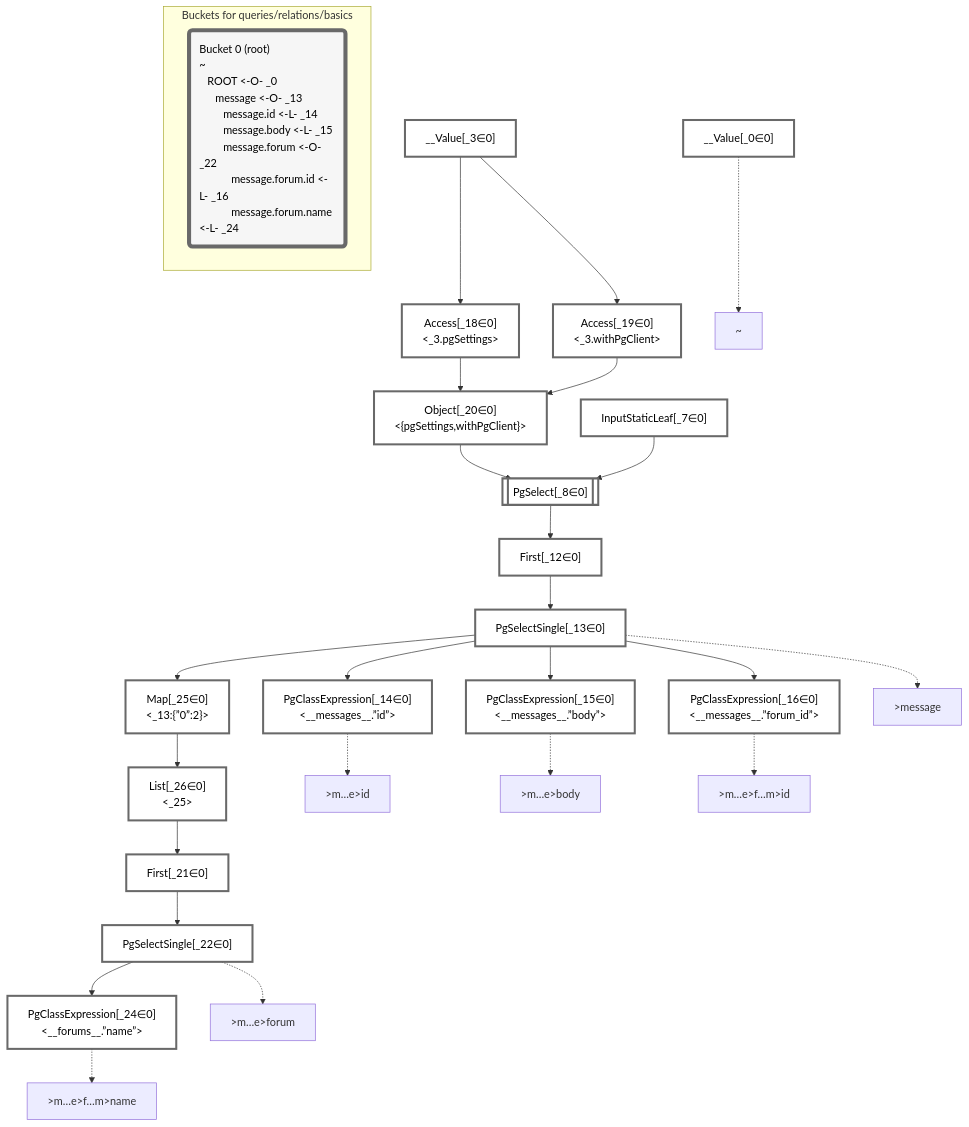
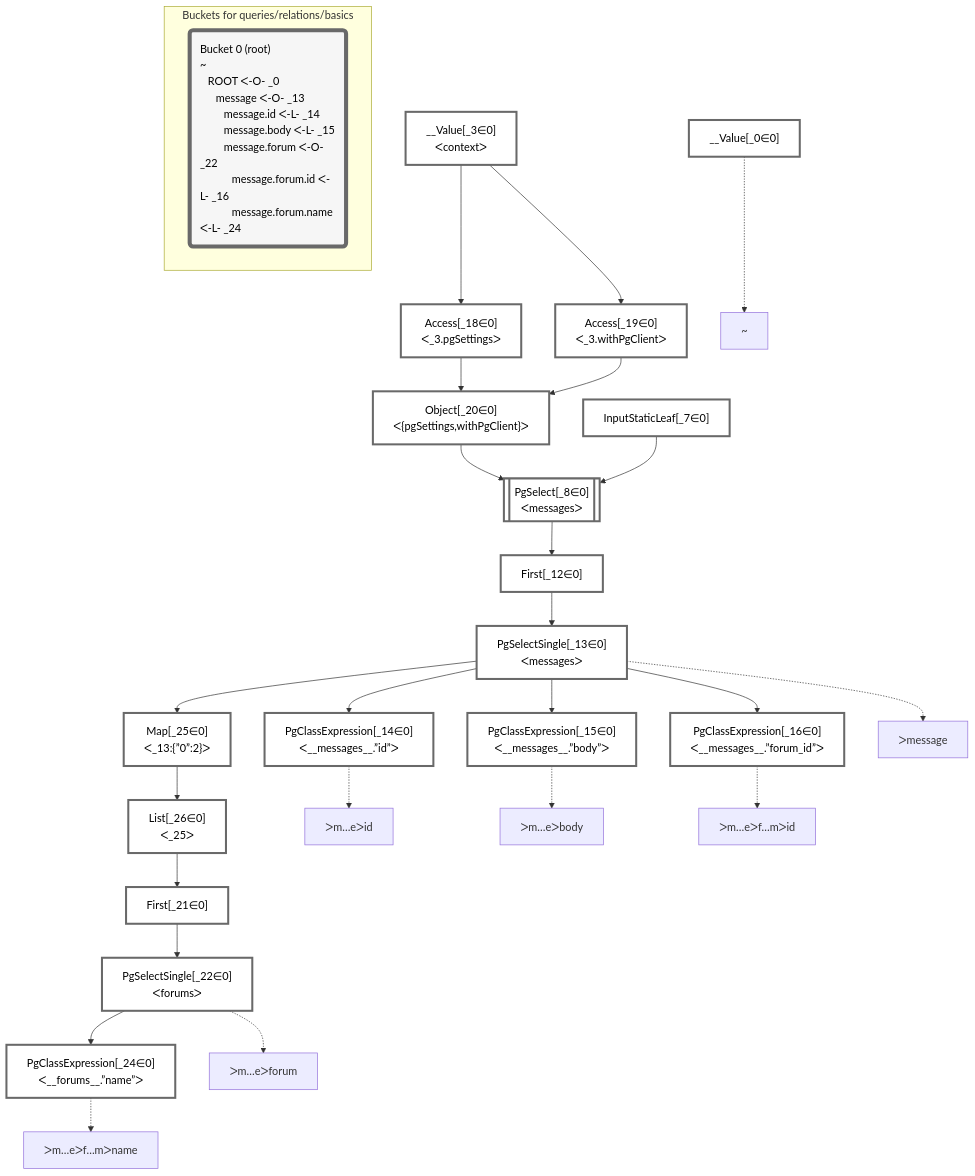
The diagram in packages/dataplan-pg/__tests__/queries/relations/basics.mermaid.md (graphile/crystal), drawn with Mermaid before and after one commit. The commit also changed 195 other files, not shown here.

````diff
--- a/packages/dataplan-pg/__tests__/queries/relations/basics.mermaid.md
+++ b/packages/dataplan-pg/__tests__/queries/relations/basics.mermaid.md
@@ -1,71 +1,71 @@
 ```mermaid
 graph TD
     classDef path fill:#eee,stroke:#000,color:#000
     classDef plan fill:#fff,stroke-width:3px,color:#000
     classDef itemplan fill:#fff,stroke-width:6px,color:#000
     classDef sideeffectplan fill:#f00,stroke-width:6px,color:#000
     classDef bucket fill:#f6f6f6,color:#000,stroke-width:6px,text-align:left
 
 
     %% define plans
     __Value_0["__Value[_0∈0]"]:::plan
-    __Value_3["__Value[_3∈0]<br /><context>"]:::plan
+    __Value_3["__Value[_3∈0]<br />ᐸcontextᐳ"]:::plan
     InputStaticLeaf_7["InputStaticLeaf[_7∈0]"]:::plan
-    PgSelect_8[["PgSelect[_8∈0]<br /><messages>"]]:::plan
+    PgSelect_8[["PgSelect[_8∈0]<br />ᐸmessagesᐳ"]]:::plan
     First_12["First[_12∈0]"]:::plan
-    PgSelectSingle_13["PgSelectSingle[_13∈0]<br /><messages>"]:::plan
-    PgClassExpression_14["PgClassExpression[_14∈0]<br /><__messages__.”id”>"]:::plan
-    PgClassExpression_15["PgClassExpression[_15∈0]<br /><__messages__.”body”>"]:::plan
-    PgClassExpression_16["PgClassExpression[_16∈0]<br /><__messages__.”forum_id”>"]:::plan
-    Access_18["Access[_18∈0]<br /><_3.pgSettings>"]:::plan
-    Access_19["Access[_19∈0]<br /><_3.withPgClient>"]:::plan
-    Object_20["Object[_20∈0]<br /><{pgSettings,withPgClient}>"]:::plan
+    PgSelectSingle_13["PgSelectSingle[_13∈0]<br />ᐸmessagesᐳ"]:::plan
+    PgClassExpression_14["PgClassExpression[_14∈0]<br />ᐸ__messages__.”id”ᐳ"]:::plan
+    PgClassExpression_15["PgClassExpression[_15∈0]<br />ᐸ__messages__.”body”ᐳ"]:::plan
+    PgClassExpression_16["PgClassExpression[_16∈0]<br />ᐸ__messages__.”forum_id”ᐳ"]:::plan
+    Access_18["Access[_18∈0]<br />ᐸ_3.pgSettingsᐳ"]:::plan
+    Access_19["Access[_19∈0]<br />ᐸ_3.withPgClientᐳ"]:::plan
+    Object_20["Object[_20∈0]<br />ᐸ{pgSettings,withPgClient}ᐳ"]:::plan
     First_21["First[_21∈0]"]:::plan
-    PgSelectSingle_22["PgSelectSingle[_22∈0]<br /><forums>"]:::plan
-    PgClassExpression_24["PgClassExpression[_24∈0]<br /><__forums__.”name”>"]:::plan
-    Map_25["Map[_25∈0]<br /><_13:{”0”:2}>"]:::plan
-    List_26["List[_26∈0]<br /><_25>"]:::plan
+    PgSelectSingle_22["PgSelectSingle[_22∈0]<br />ᐸforumsᐳ"]:::plan
+    PgClassExpression_24["PgClassExpression[_24∈0]<br />ᐸ__forums__.”name”ᐳ"]:::plan
+    Map_25["Map[_25∈0]<br />ᐸ_13:{”0”:2}ᐳ"]:::plan
+    List_26["List[_26∈0]<br />ᐸ_25ᐳ"]:::plan
 
     %% plan dependencies
     Object_20 --> PgSelect_8
     InputStaticLeaf_7 --> PgSelect_8
     PgSelect_8 --> First_12
     First_12 --> PgSelectSingle_13
     PgSelectSingle_13 --> PgClassExpression_14
     PgSelectSingle_13 --> PgClassExpression_15
     PgSelectSingle_13 --> PgClassExpression_16
     __Value_3 --> Access_18
     __Value_3 --> Access_19
     Access_18 --> Object_20
     Access_19 --> Object_20
     List_26 --> First_21
     First_21 --> PgSelectSingle_22
     PgSelectSingle_22 --> PgClassExpression_24
     PgSelectSingle_13 --> Map_25
     Map_25 --> List_26
 
     %% plan-to-path relationships
     P_0["~"]
     __Value_0 -.-> P_0
-    P_13[">message"]
+    P_13["ᐳmessage"]
     PgSelectSingle_13 -.-> P_13
-    P_14[">m…e>id"]
+    P_14["ᐳm…eᐳid"]
     PgClassExpression_14 -.-> P_14
-    P_15[">m…e>body"]
+    P_15["ᐳm…eᐳbody"]
     PgClassExpression_15 -.-> P_15
-    P_16[">m…e>f…m>id"]
+    P_16["ᐳm…eᐳf…mᐳid"]
     PgClassExpression_16 -.-> P_16
-    P_22[">m…e>forum"]
+    P_22["ᐳm…eᐳforum"]
     PgSelectSingle_22 -.-> P_22
-    P_24[">m…e>f…m>name"]
+    P_24["ᐳm…eᐳf…mᐳname"]
     PgClassExpression_24 -.-> P_24
 
     %% allocate buckets
     classDef bucket0 stroke:#696969
     class __Value_0,__Value_3,InputStaticLeaf_7,PgSelect_8,First_12,PgSelectSingle_13,PgClassExpression_14,PgClassExpression_15,PgClassExpression_16,Access_18,Access_19,Object_20,First_21,PgSelectSingle_22,PgClassExpression_24,Map_25,List_26 bucket0
 
     subgraph "Buckets for queries/relations/basics"
-    Bucket0("Bucket 0 (root)<br />~<br />⠀ROOT <-O- _0<br />⠀⠀message <-O- _13<br />⠀⠀⠀message.id <-L- _14<br />⠀⠀⠀message.body <-L- _15<br />⠀⠀⠀message.forum <-O- _22<br />⠀⠀⠀⠀message.forum.id <-L- _16<br />⠀⠀⠀⠀message.forum.name <-L- _24"):::bucket
+    Bucket0("Bucket 0 (root)<br />~<br />⠀ROOT ᐸ-O- _0<br />⠀⠀message ᐸ-O- _13<br />⠀⠀⠀message.id ᐸ-L- _14<br />⠀⠀⠀message.body ᐸ-L- _15<br />⠀⠀⠀message.forum ᐸ-O- _22<br />⠀⠀⠀⠀message.forum.id ᐸ-L- _16<br />⠀⠀⠀⠀message.forum.name ᐸ-L- _24"):::bucket
     style Bucket0 stroke:#696969
     end
 ```
````
